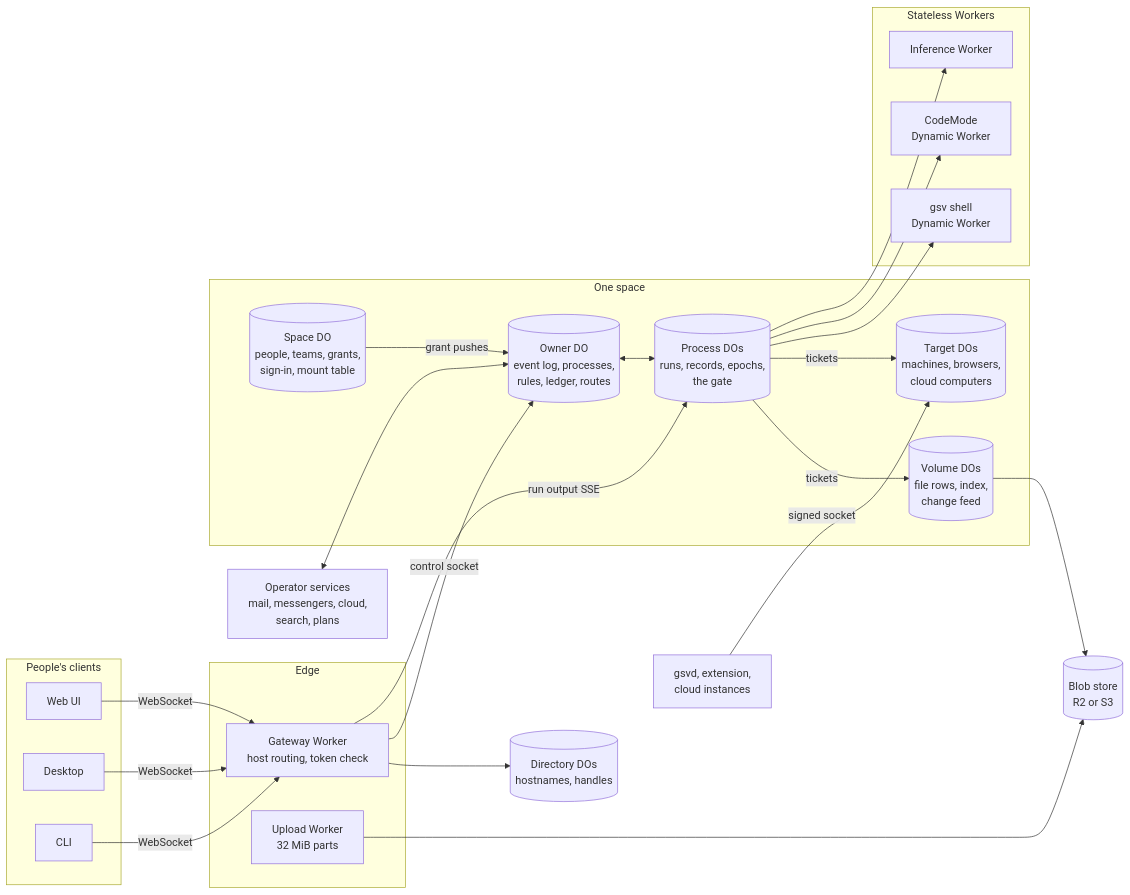
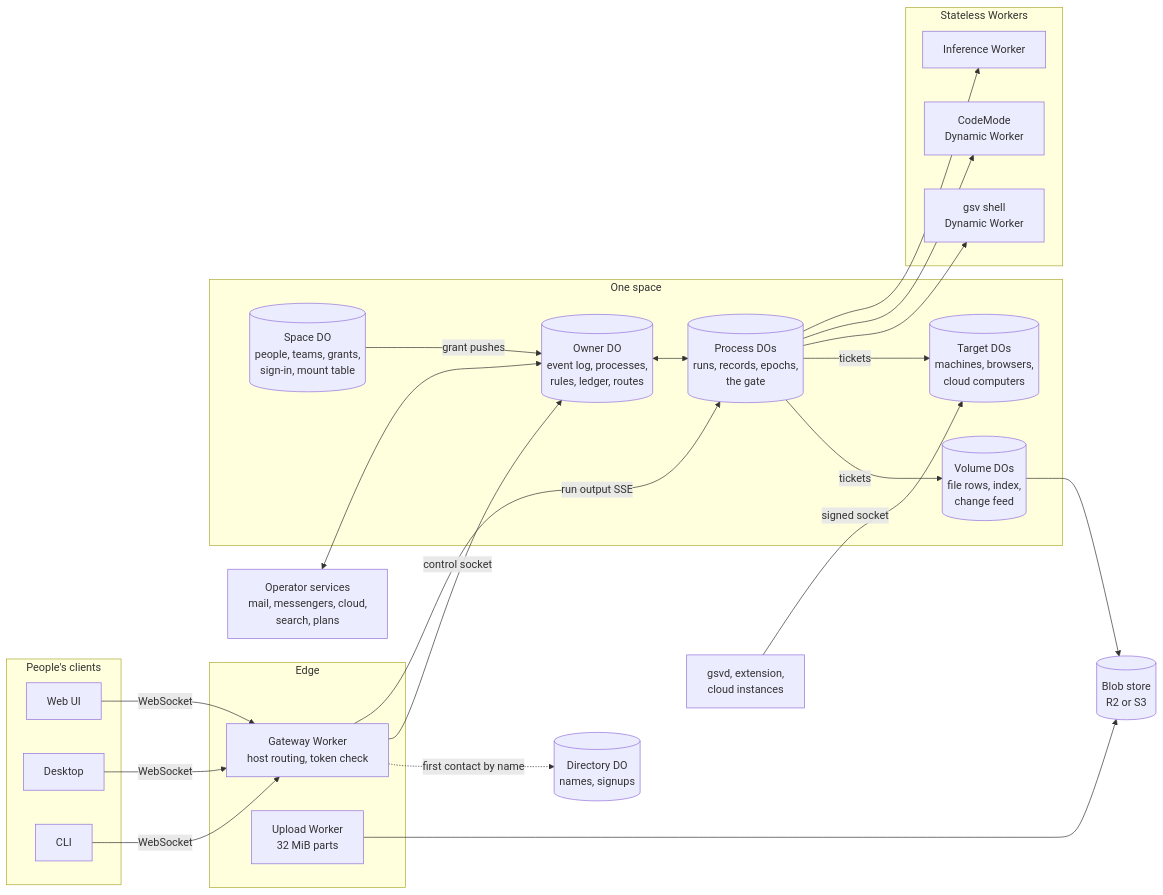
The diagram in v2/spec/README.md (deathbyknowledge/gsv), drawn with Mermaid before and after one commit. The commit also changed 3 other files, not shown here.

````diff
--- a/v2/spec/README.md
+++ b/v2/spec/README.md
@@ -48,41 +48,41 @@
 ```mermaid
 flowchart LR
   subgraph clients[People's clients]
     web[Web UI]
     desk[Desktop]
     cli[CLI]
   end
   subgraph edge[Edge]
     gw[Gateway Worker<br/>host routing, token check]
     up[Upload Worker<br/>32 MiB parts]
   end
   subgraph space[One space]
     sp[(Space DO<br/>people, teams, grants,<br/>sign-in, mount table)]
     ow[(Owner DO<br/>event log, processes,<br/>rules, ledger, routes)]
     pr[(Process DOs<br/>runs, records, epochs,<br/>the gate)]
     vo[(Volume DOs<br/>file rows, index,<br/>change feed)]
     tg[(Target DOs<br/>machines, browsers,<br/>cloud computers)]
   end
   subgraph stateless[Stateless Workers]
     sh[gsv shell<br/>Dynamic Worker]
     cm[CodeMode<br/>Dynamic Worker]
     inf[Inference Worker]
   end
-  dir[(Directory DOs<br/>hostnames, handles)]
+  dir[(Directory DO<br/>names, signups)]
   r2[(Blob store<br/>R2 or S3)]
   svc[Operator services<br/>mail, messengers, cloud,<br/>search, plans]
   dev[gsvd, extension,<br/>cloud instances]
 
   web & desk & cli -- WebSocket --> gw
-  gw --> dir
+  gw -. first contact by name .-> dir
   gw -- control socket --> ow
   gw -- run output SSE --> pr
   ow <--> pr
   sp -- grant pushes --> ow
   pr -- tickets --> vo & tg
   pr --> sh & cm & inf
   vo --> r2
   up --> r2
   dev -- signed socket --> tg
   svc <--> ow
 ```
````
